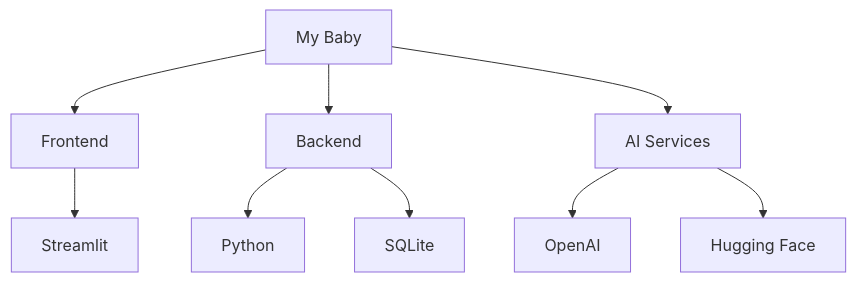
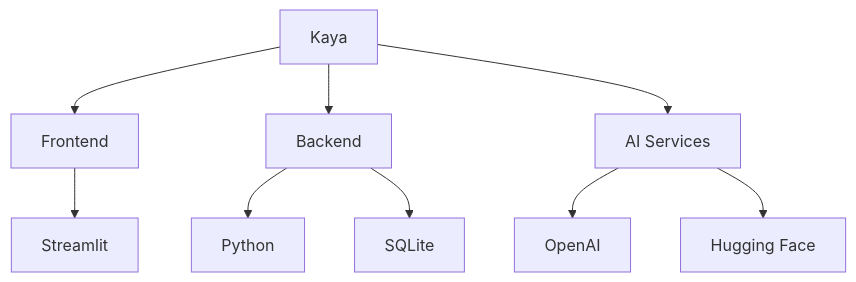
One commit to Utkarsh4410/KAYA changed the first of 2 diagrams in README.md. Above: the diagram before and after it, drawn with Mermaid.

````diff
--- a/README.md
+++ b/README.md
@@ -86,11 +86,11 @@
 ```mermaid
 graph TD
-    A[My Baby] --> B[Frontend]
+    A[Kaya] --> B[Frontend]
     A --> C[Backend]
     A --> D[AI Services]
     B --> E[Streamlit]
     C --> F[Python]
     C --> G[SQLite]
     D --> H[OpenAI]
     D --> I[Hugging Face]
 ```
````
